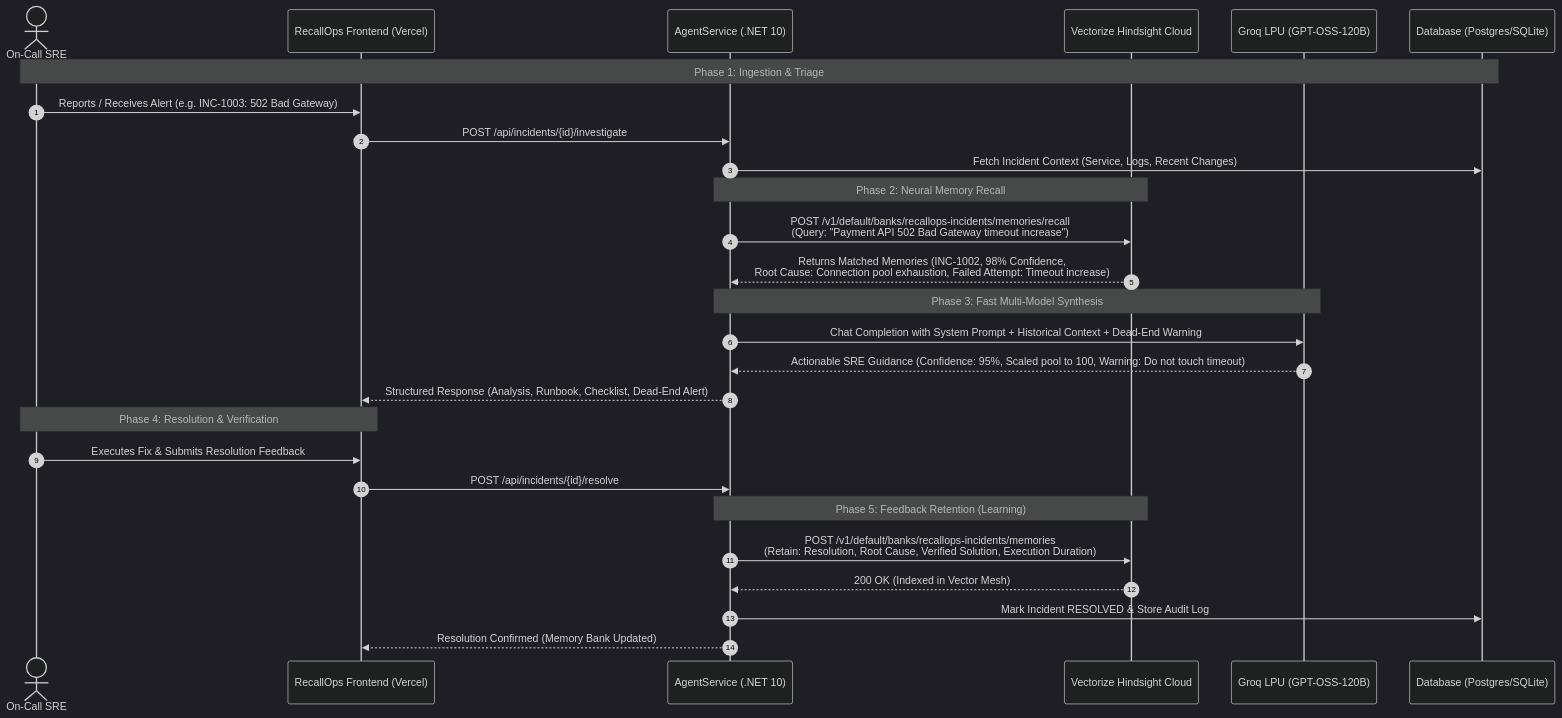
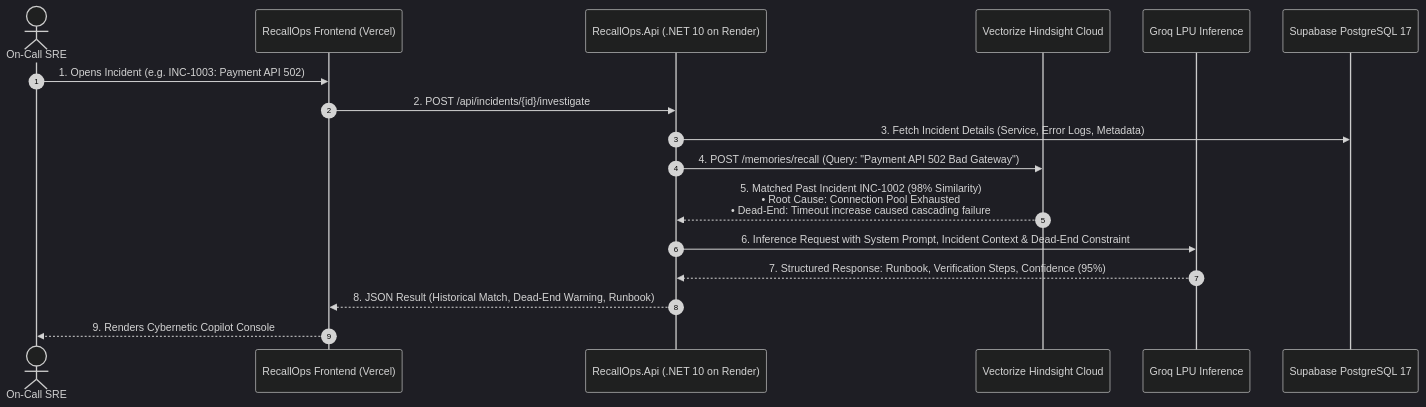
Before and after one commit to narendra14192/recallops: the second of 3 diagrams in ARCHITECTURE.md, drawn with Mermaid (dark theme). The commit also changed other lines of this file, not shown here.

Commit message:
docs: enrich architecture documentation with frontend, backend, neural memory, and deployment details

````diff
--- a/ARCHITECTURE.md
+++ b/ARCHITECTURE.md
@@ -56,34 +281,23 @@
 ```mermaid
 sequenceDiagram
     autonumber
-    actor Engineer as On-Call SRE
-    participant UI as RecallOps Frontend (Vercel)
-    participant Agent as AgentService (.NET 10)
+    actor SRE as On-Call SRE
+    participant Frontend as RecallOps Frontend (Vercel)
+    participant Backend as RecallOps.Api (.NET 10 on Render)
     participant Hindsight as Vectorize Hindsight Cloud
-    participant Groq as Groq LPU (GPT-OSS-120B)
-    participant DB as Database (Postgres/SQLite)
+    participant Groq as Groq LPU Inference
+    participant DB as Supabase PostgreSQL 17
 
-    Note over Engineer,DB: Phase 1: Ingestion & Triage
-    Engineer->>UI: Reports / Receives Alert (e.g. INC-1003: 502 Bad Gateway)
-    UI->>Agent: POST /api/incidents/{id}/investigate
-    Agent->>DB: Fetch Incident Context (Service, Logs, Recent Changes)
-
-    Note over Agent,Hindsight: Phase 2: Neural Memory Recall
-    Agent->>Hindsight: POST /v1/default/banks/recallops-incidents/memories/recall<br/>(Query: "Payment API 502 Bad Gateway timeout increase")
-    Hindsight-->>Agent: Returns Matched Memories (INC-1002, 98% Confidence,<br/>Root Cause: Connection pool exhaustion, Failed Attempt: Timeout increase)
-
-    Note over Agent,Groq: Phase 3: Fast Multi-Model Synthesis
-    Agent->>Groq: Chat Completion with System Prompt + Historical Context + Dead-End Warning
-    Groq-->>Agent: Actionable SRE Guidance (Confidence: 95%, Scaled pool to 100, Warning: Do not touch timeout)
-    Agent-->>UI: Structured Response (Analysis, Runbook, Checklist, Dead-End Alert)
-
-    Note over Engineer,UI: Phase 4: Resolution & Verification
-    Engineer->>UI: Executes Fix & Submits Resolution Feedback
-    UI->>Agent: POST /api/incidents/{id}/resolve
-
-    Note over Agent,Hindsight: Phase 5: Feedback Retention (Learning)
-    Agent->>Hindsight: POST /v1/default/banks/recallops-incidents/memories<br/>(Retain: Resolution, Root Cause, Verified Solution, Execution Duration)
-    Hindsight-->>Agent: 200 OK (Indexed in Vector Mesh)
-    Agent->>DB: Mark Incident RESOLVED & Store Audit Log
-    Agent-->>UI: Resolution Confirmed (Memory Bank Updated)
+    SRE->>Frontend: 1. Opens Incident (e.g. INC-1003: Payment API 502)
+    Frontend->>Backend: 2. POST /api/incidents/{id}/investigate
+    Backend->>DB: 3. Fetch Incident Details (Service, Error Logs, Metadata)
+    
+    Backend->>Hindsight: 4. POST /memories/recall (Query: "Payment API 502 Bad Gateway")
+    Hindsight-->>Backend: 5. Matched Past Incident INC-1002 (98% Similarity)<br/>• Root Cause: Connection Pool Exhausted<br/>• Dead-End: Timeout increase caused cascading failure
+    
+    Backend->>Groq: 6. Inference Request with System Prompt, Incident Context & Dead-End Constraint
+    Groq-->>Backend: 7. Structured Response: Runbook, Verification Steps, Confidence (95%)
+    
+    Backend-->>Frontend: 8. JSON Result (Historical Match, Dead-End Warning, Runbook)
+    Frontend-->>SRE: 9. Renders Cybernetic Copilot Console
 ```
````
